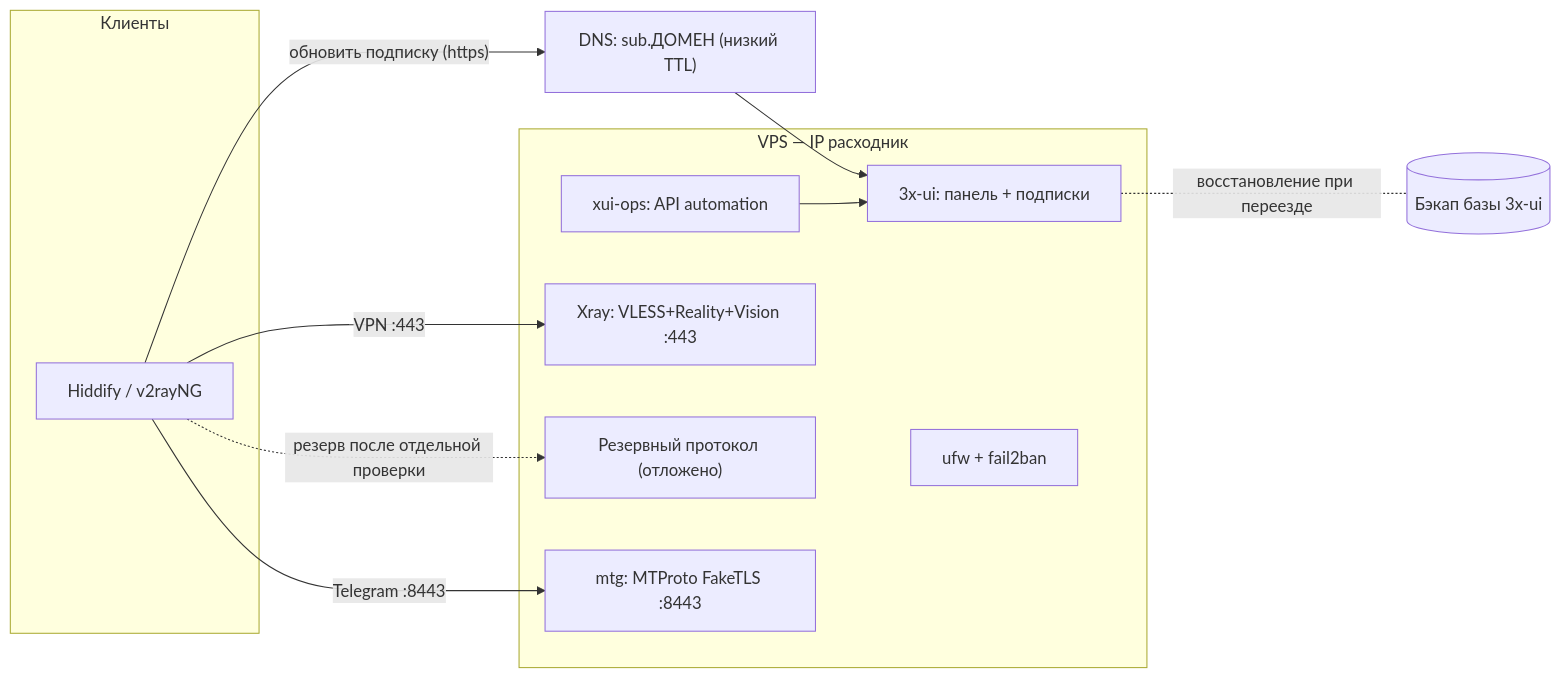
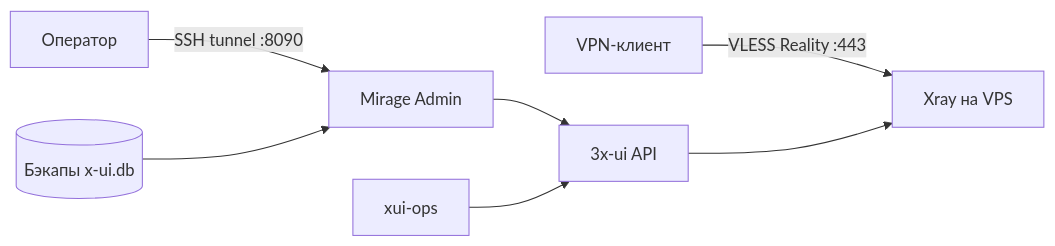
One commit to duckduckduck1/Mirage changed the diagram in docs/architecture.md. Above: the diagram before and after it, drawn with Mermaid. The commit also changed other lines of this file and 17 other files, not shown here.

````diff
--- a/docs/architecture.md
+++ b/docs/architecture.md
@@ -150,26 +42,9 @@
 ```mermaid
 flowchart LR
-    subgraph C["Клиенты"]
-        app["Hiddify / v2rayNG"]
-    end
-
-    dns["DNS: sub.ДОМЕН (низкий TTL)"]
-
-    subgraph V["VPS — IP расходник"]
-        panel["3x-ui: панель + подписки"]
-        ops["xui-ops: API automation"]
-        xray["Xray: VLESS+Reality+Vision :443"]
-        ss["Резервный протокол (отложено)"]
-        mtg["mtg: MTProto FakeTLS :8443"]
-        fw["ufw + fail2ban"]
-    end
-
-    backup[("Бэкап базы 3x-ui")]
-
-    app -- "обновить подписку (https)" --> dns --> panel
-    app -- "VPN :443" --> xray
-    ops --> panel
-    app -. "резерв после отдельной проверки" .-> ss
-    app -- "Telegram :8443" --> mtg
-    panel -. "восстановление при переезде" .- backup
+    client["VPN-клиент"] -->|VLESS Reality :443| xray["Xray на VPS"]
+    adminUser["Оператор"] -->|SSH tunnel :8090| admin["Mirage Admin"]
+    admin --> xuiApi["3x-ui API"]
+    ops["xui-ops"] --> xuiApi
+    xuiApi --> xray
+    backup[("Бэкапы x-ui.db")] --> admin
 ```
````
